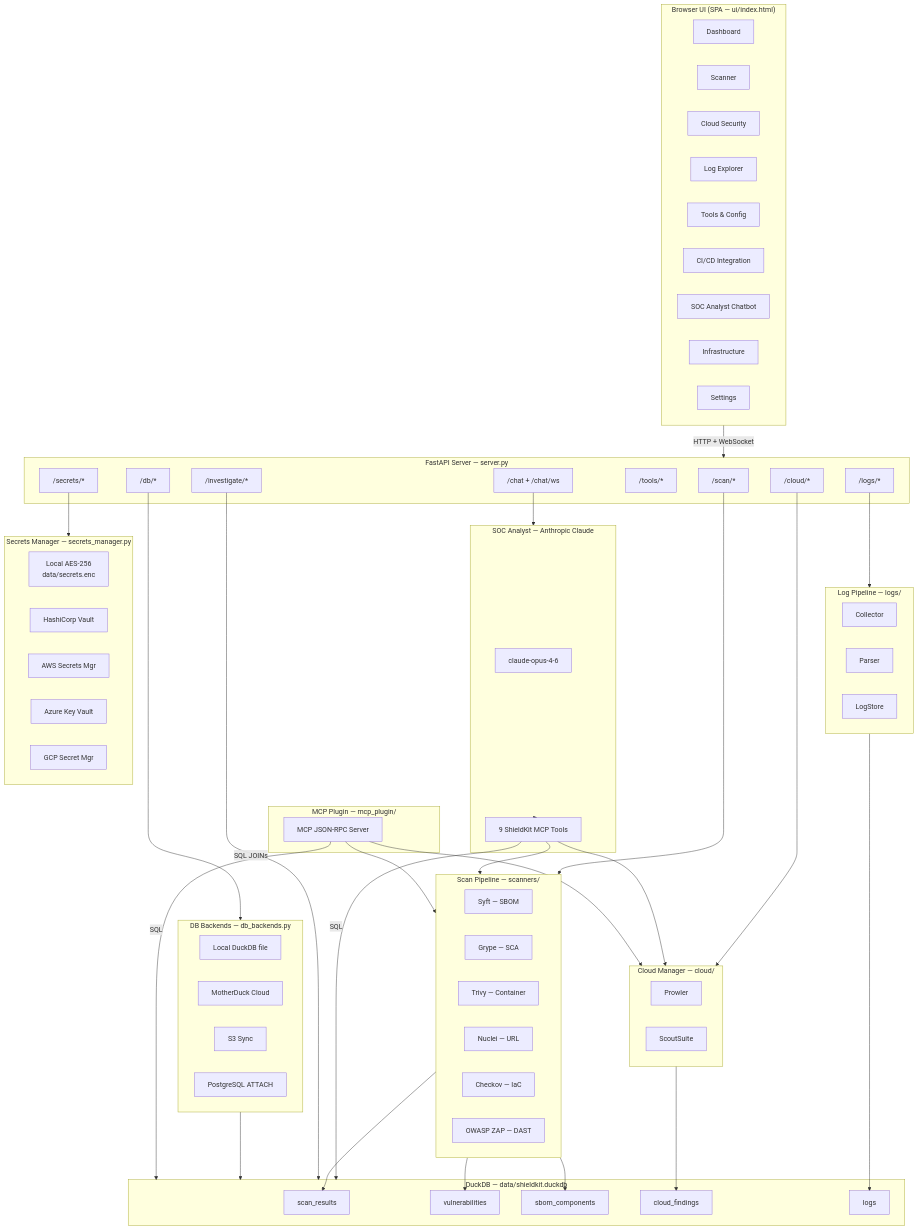
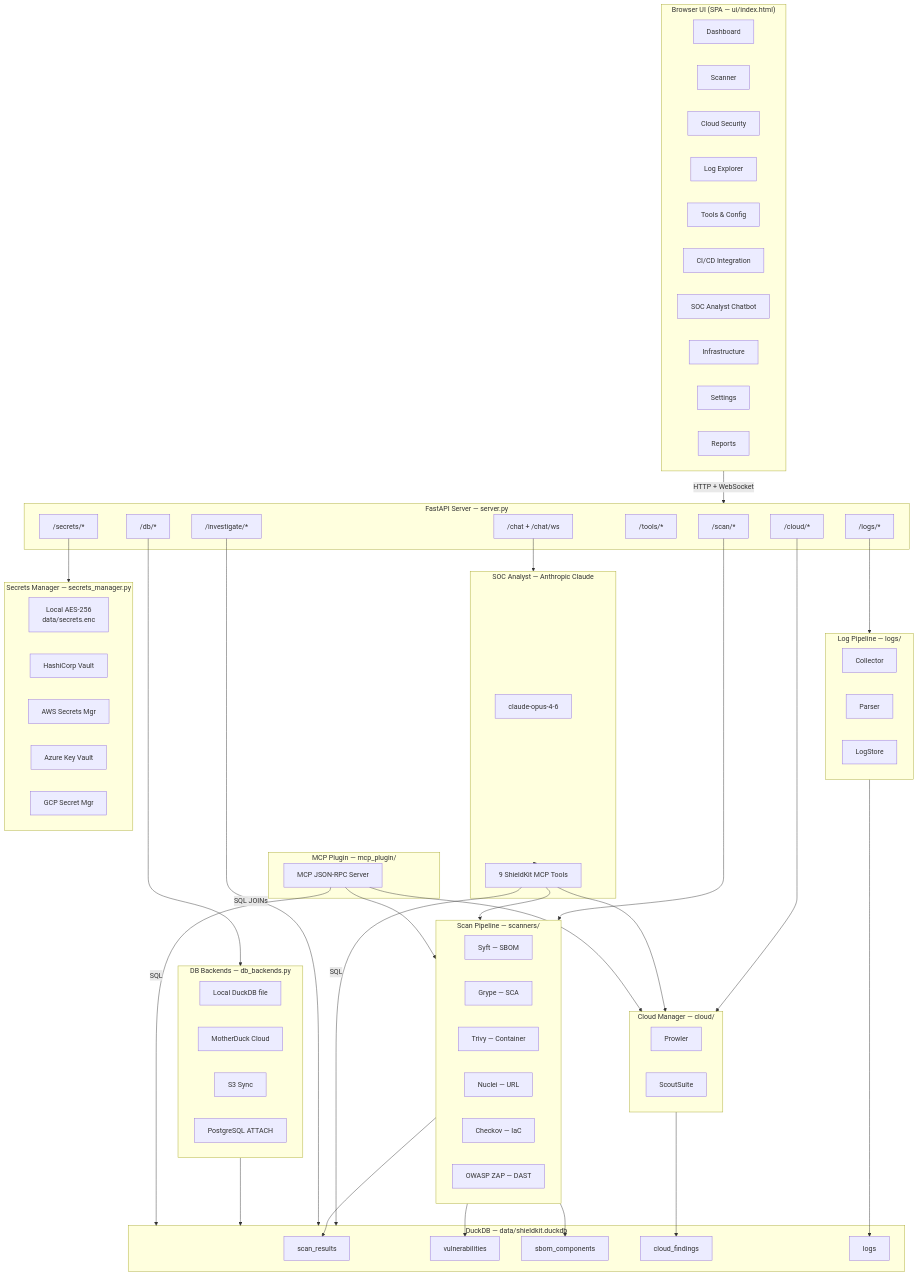
The first of 15 diagrams in ARCHITECTURE.md (Parthasarathi7722/shieldkit), drawn with Mermaid before and after one commit. The commit also changed other lines of this file and 8 other files, not shown here.

```diff
--- a/ARCHITECTURE.md
+++ b/ARCHITECTURE.md
@@ -16,6 +16,7 @@
         SOC[SOC Analyst Chatbot]
         INFRA[Infrastructure]
         SET[Settings]
+        REP[Reports]
     end
 
     subgraph API["FastAPI Server — server.py"]
```
